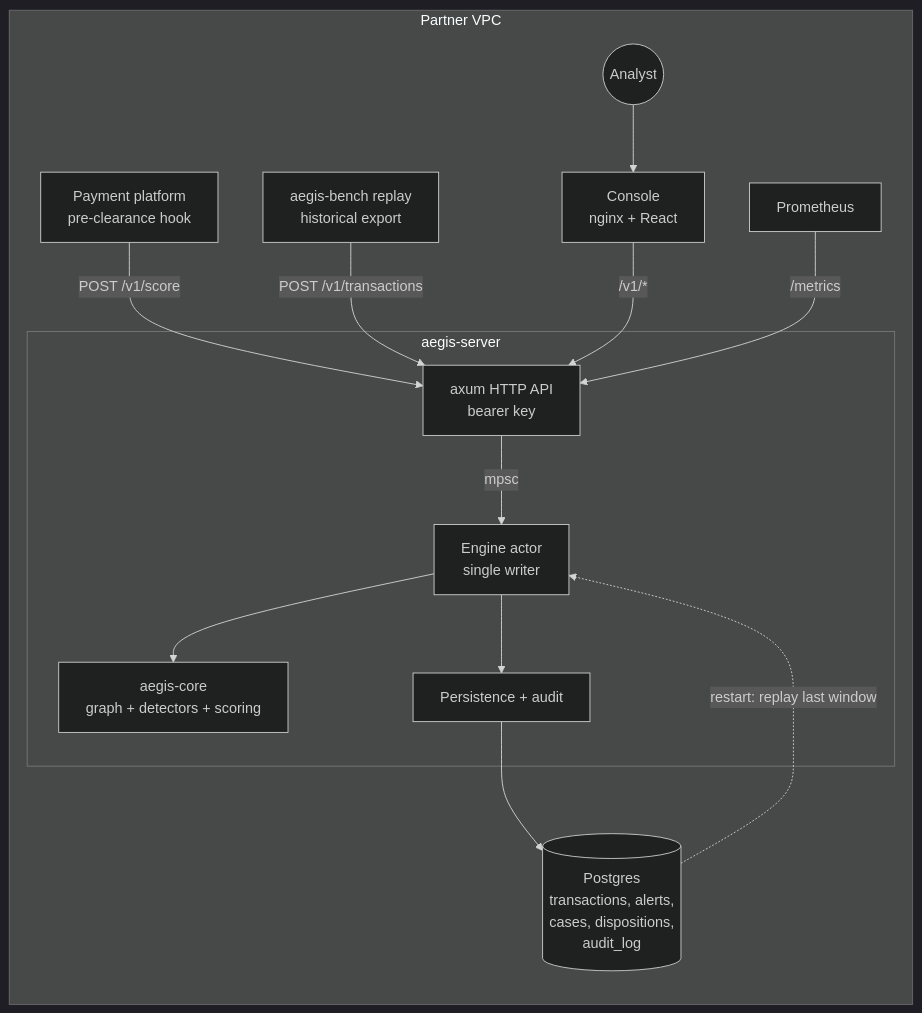
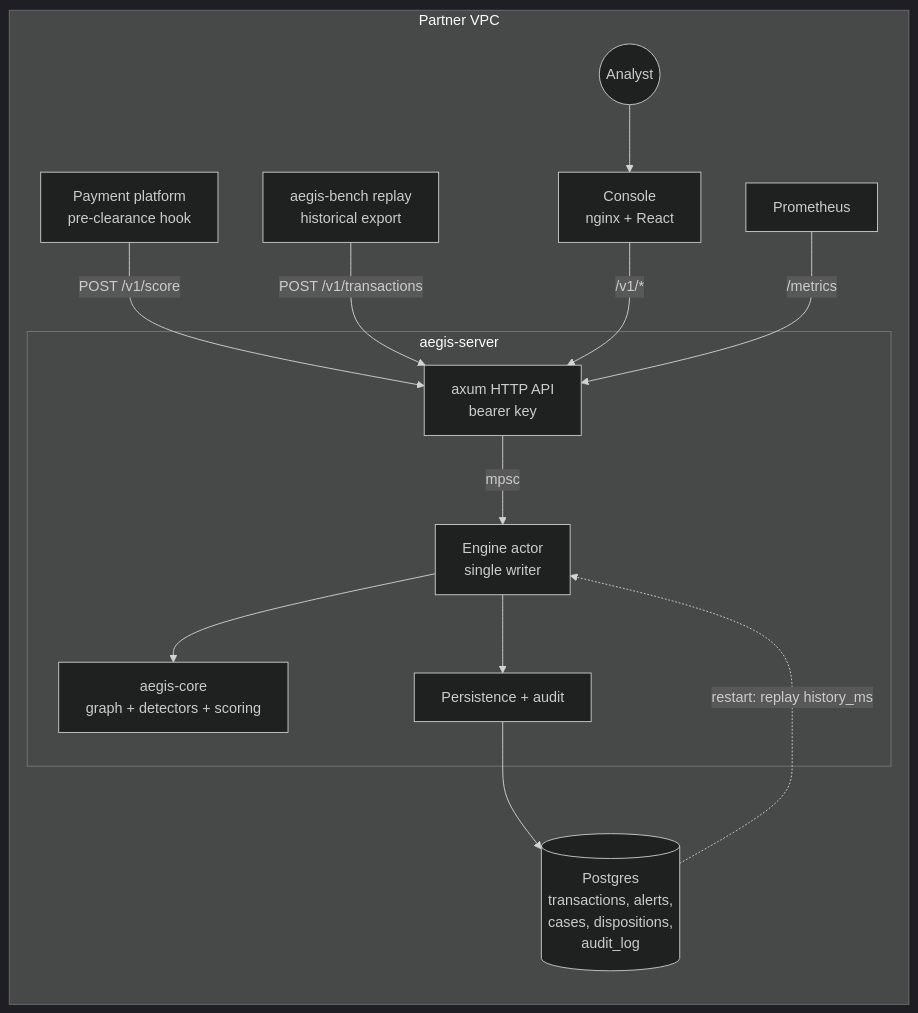
The diagram in docs/architecture.md (ZeroTrustZein/hopwire), drawn with Mermaid (dark theme) before and after one commit. The commit also changed other lines of this file and 1 other file, not shown here.

Commit message:
Docs: counterparty memory, history_ms, current detector defaults, warm-up guidance

````diff
--- a/docs/architecture.md
+++ b/docs/architecture.md
@@ -7,17 +7,17 @@
 ```mermaid
 flowchart LR
     subgraph Partner VPC
         SRC[Payment platform<br/>pre-clearance hook] -->|POST /v1/score| API
         REPLAY[aegis-bench replay<br/>historical export] -->|POST /v1/transactions| API
         subgraph engine[aegis-server]
             API[axum HTTP API<br/>bearer key] -->|mpsc| ACTOR[Engine actor<br/>single writer]
             ACTOR --> CORE[aegis-core<br/>graph + detectors + scoring]
             ACTOR --> PERSIST[Persistence + audit]
         end
         PERSIST --> PG[(Postgres<br/>transactions, alerts,<br/>cases, dispositions,<br/>audit_log)]
-        PG -.->|restart: replay last window| ACTOR
+        PG -.->|restart: replay history_ms| ACTOR
         CONSOLE[Console<br/>nginx + React] -->|/v1/*| API
         ANALYST((Analyst)) --> CONSOLE
         PROM[Prometheus] -->|/metrics| API
     end
 ```
````
